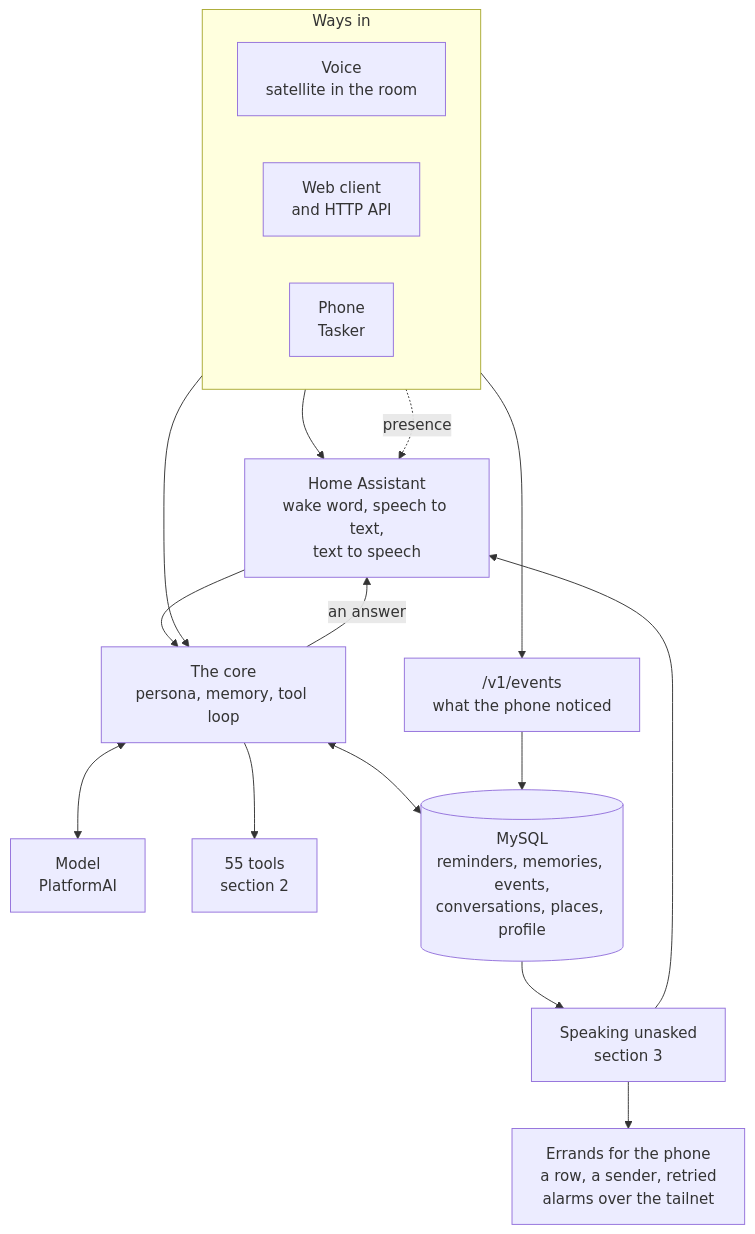
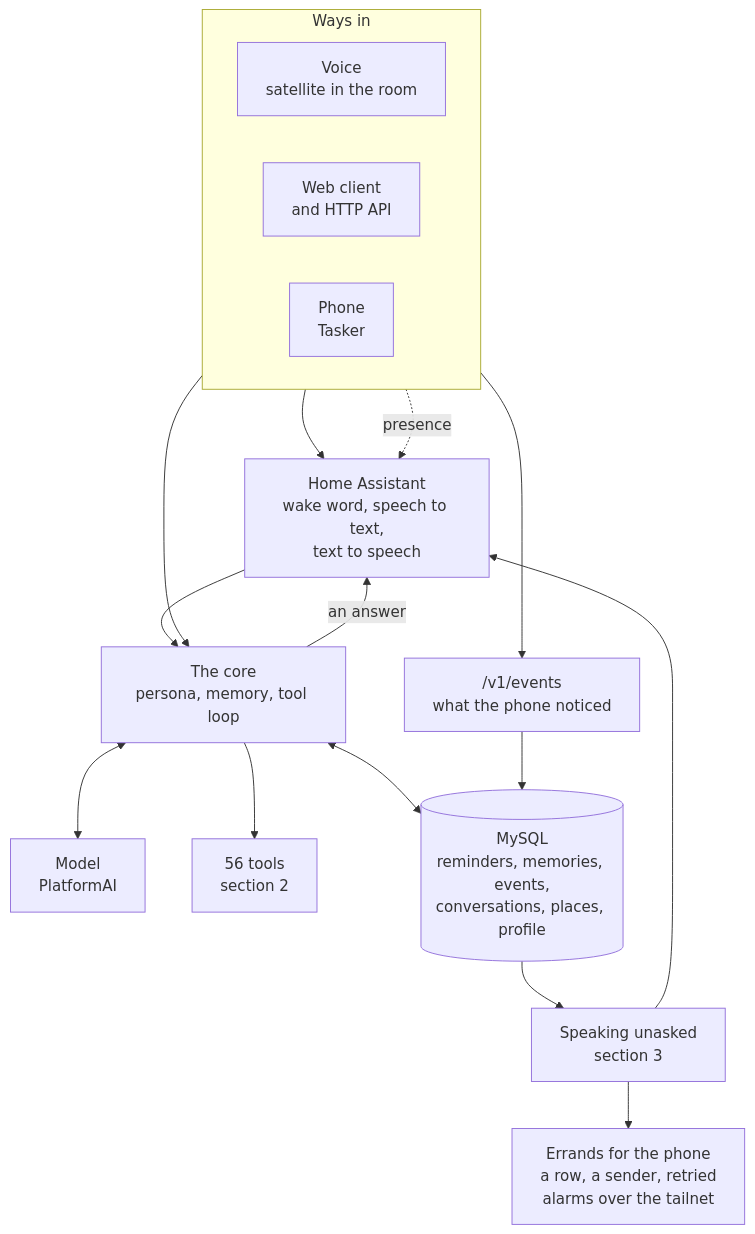
Before and after one commit to DhanushRamesh/personal-assistant: the first of 5 diagrams in FEATURES.md, drawn with Mermaid. The commit also changed other lines of this file and 6 other files, not shown here.

````diff
--- a/FEATURES.md
+++ b/FEATURES.md
@@ -19,36 +19,36 @@
 ```mermaid
 flowchart TB
     subgraph IN["Ways in"]
         direction LR
         SAT["Voice<br/>satellite in the room"]
         WEB["Web client<br/>and HTTP API"]
         PHONE["Phone<br/>Tasker"]
     end
 
     HA["Home Assistant<br/>wake word, speech to text,<br/>text to speech"]
     EVENTS["/v1/events<br/>what the phone noticed"]
 
     SAT --> HA
     PHONE --> EVENTS
     PHONE -. "presence" .-> HA
     HA --> CORE
     WEB --> CORE
 
     CORE["The core<br/>persona, memory, tool loop"]
     MODEL["Model<br/>PlatformAI"]
-    TOOLS["55 tools<br/>section 2"]
+    TOOLS["56 tools<br/>section 2"]
     DB[("MySQL<br/>reminders, memories, events,<br/>conversations, places, profile")]
 
     CORE <--> MODEL
     CORE --> TOOLS
     CORE <--> DB
     EVENTS --> DB
     CORE -- "an answer" --> HA
 
     UNASKED["Speaking unasked<br/>section 3"]
     ALARMS["Errands for the phone<br/>a row, a sender, retried<br/>alarms over the tailnet"]
 
     DB --> UNASKED
     UNASKED --> HA
     UNASKED --> ALARMS
 ```
````
